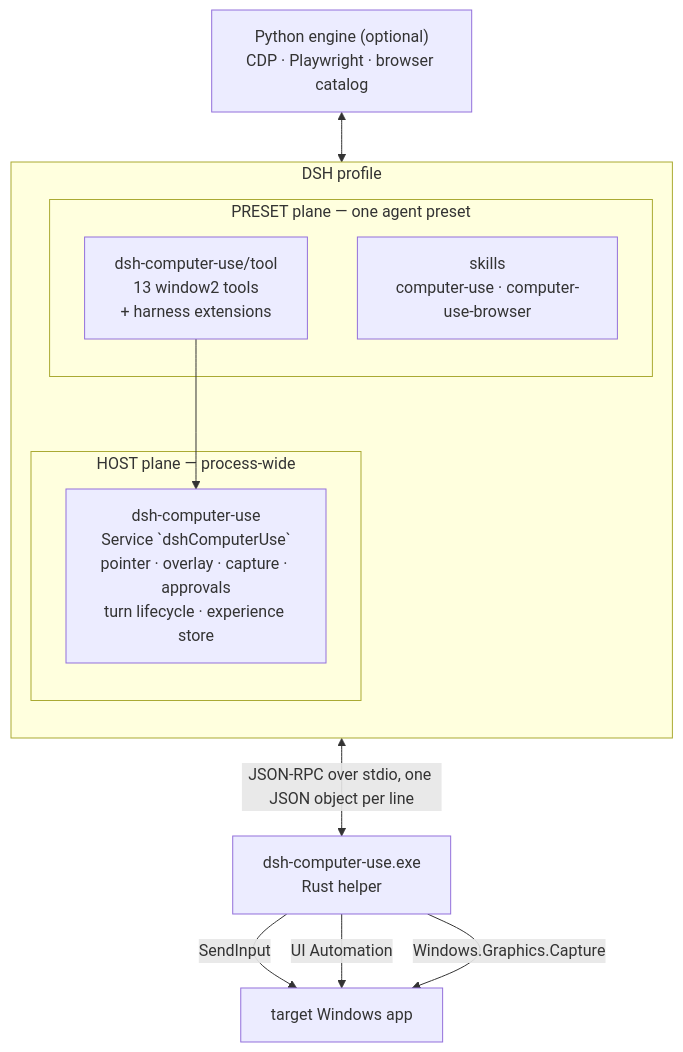
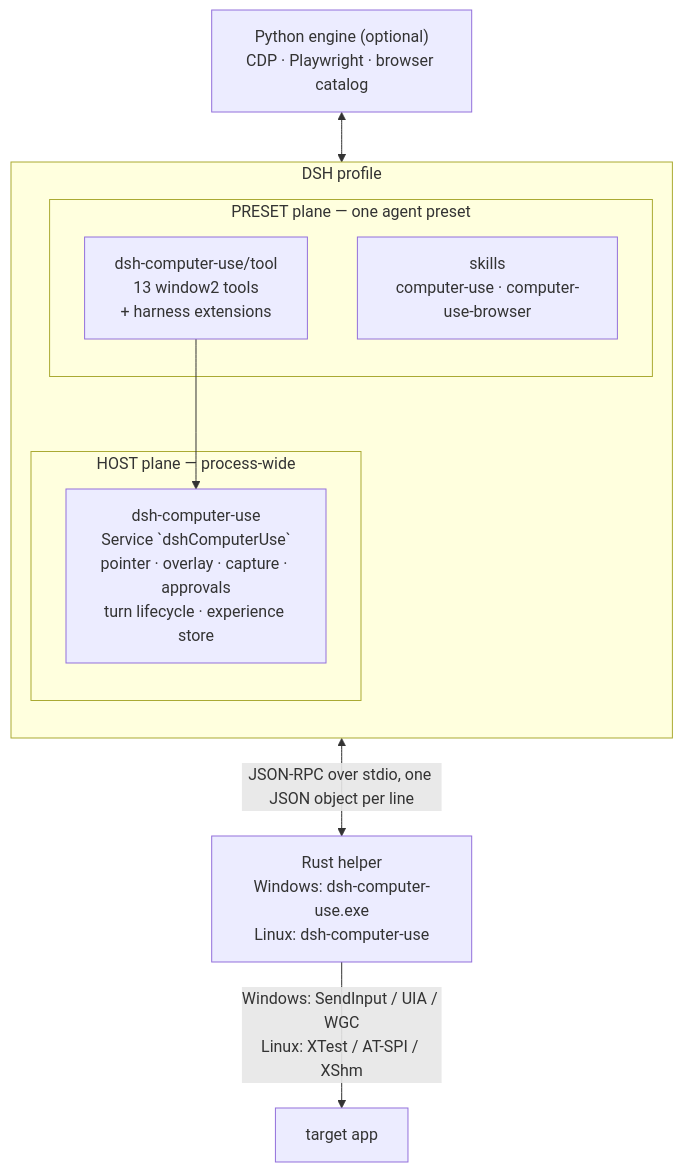
The first of 2 diagrams in README.md (ase-sketch/dsh-computer-use_codex-style), drawn with Mermaid before and after one commit. The commit also changed other lines of this file and 1 other file, not shown here.

First line of the commit message:
docs: 补充 Linux (X11) 跨平台支持与快速上手指南

````diff
--- a/README.md
+++ b/README.md
@@ -137,19 +173,17 @@
 ```mermaid
 flowchart TB
   subgraph DSH["DSH profile"]
     direction TB
     subgraph HOST["HOST plane — process-wide"]
       S["dsh-computer-use<br/>Service `dshComputerUse`<br/>pointer · overlay · capture · approvals<br/>turn lifecycle · experience store"]
     end
     subgraph PRESET["PRESET plane — one agent preset"]
       T["dsh-computer-use/tool<br/>13 window2 tools<br/>+ harness extensions"]
       K["skills<br/>computer-use · computer-use-browser"]
     end
   end
-  S <-->|"JSON-RPC over stdio, one JSON object per line"| H["dsh-computer-use.exe<br/>Rust helper"]
-  H -->|SendInput| APP["target Windows app"]
-  H -->|UI Automation| APP
-  H -->|Windows.Graphics.Capture| APP
+  S <-->|"JSON-RPC over stdio, one JSON object per line"| H["Rust helper<br/>Windows: dsh-computer-use.exe<br/>Linux: dsh-computer-use"]
+  H -->|Windows: SendInput / UIA / WGC<br/>Linux: XTest / AT-SPI / XShm| APP["target app"]
   T --> S
   P["Python engine (optional)<br/>CDP · Playwright · browser catalog"] <--> S
 ```
````
